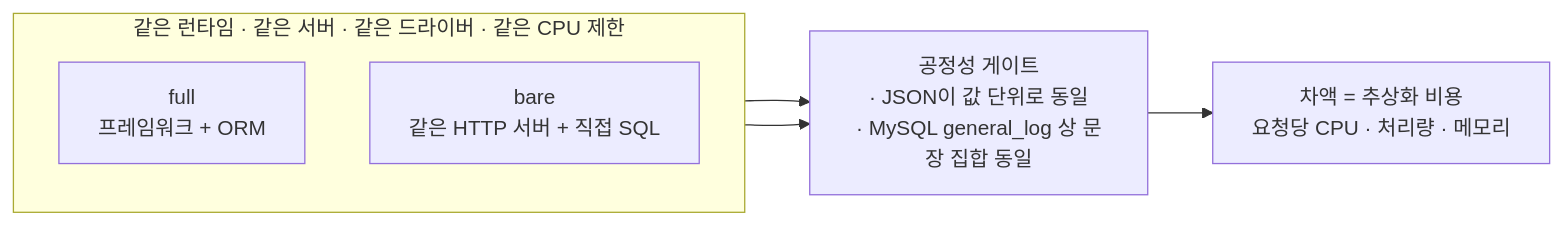
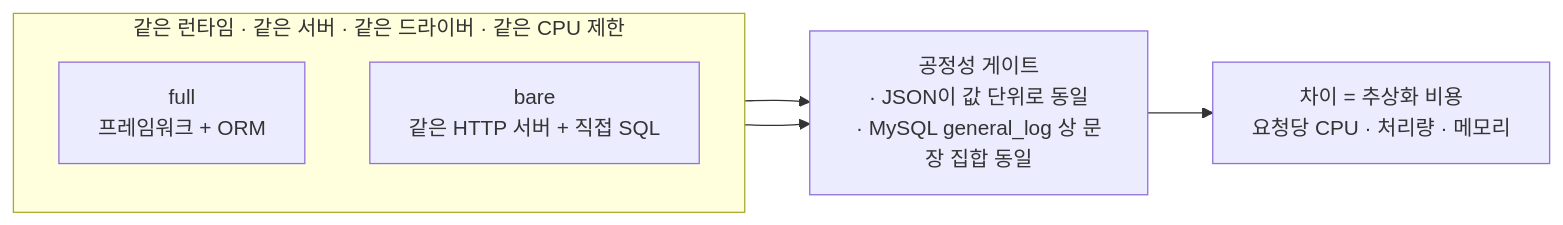
Before and after one commit to MartianLee/martianlee.github.com: the diagram in data/posts/2026-09-01-framework-magic-tax.mdx, drawn with Mermaid. The commit also changed other lines of this file and 1 other file, not shown here.

````diff
--- a/data/posts/2026-09-01-framework-magic-tax.mdx
+++ b/data/posts/2026-09-01-framework-magic-tax.mdx
@@ -89,12 +89,12 @@
 ```mermaid
 flowchart LR
     subgraph RB["같은 런타임 · 같은 서버 · 같은 드라이버 · 같은 CPU 제한"]
         direction TB
         F["full<br/>프레임워크 + ORM"]
         B["bare<br/>같은 HTTP 서버 + 직접 SQL"]
     end
     GATE["공정성 게이트<br/>· JSON이 값 단위로 동일<br/>· MySQL general_log 상 문장 집합 동일"]
     F --> GATE
     B --> GATE
-    GATE --> T["차액 = 추상화 비용<br/>요청당 CPU · 처리량 · 메모리"]
+    GATE --> T["차이 = 추상화 비용<br/>요청당 CPU · 처리량 · 메모리"]
 ```
````
